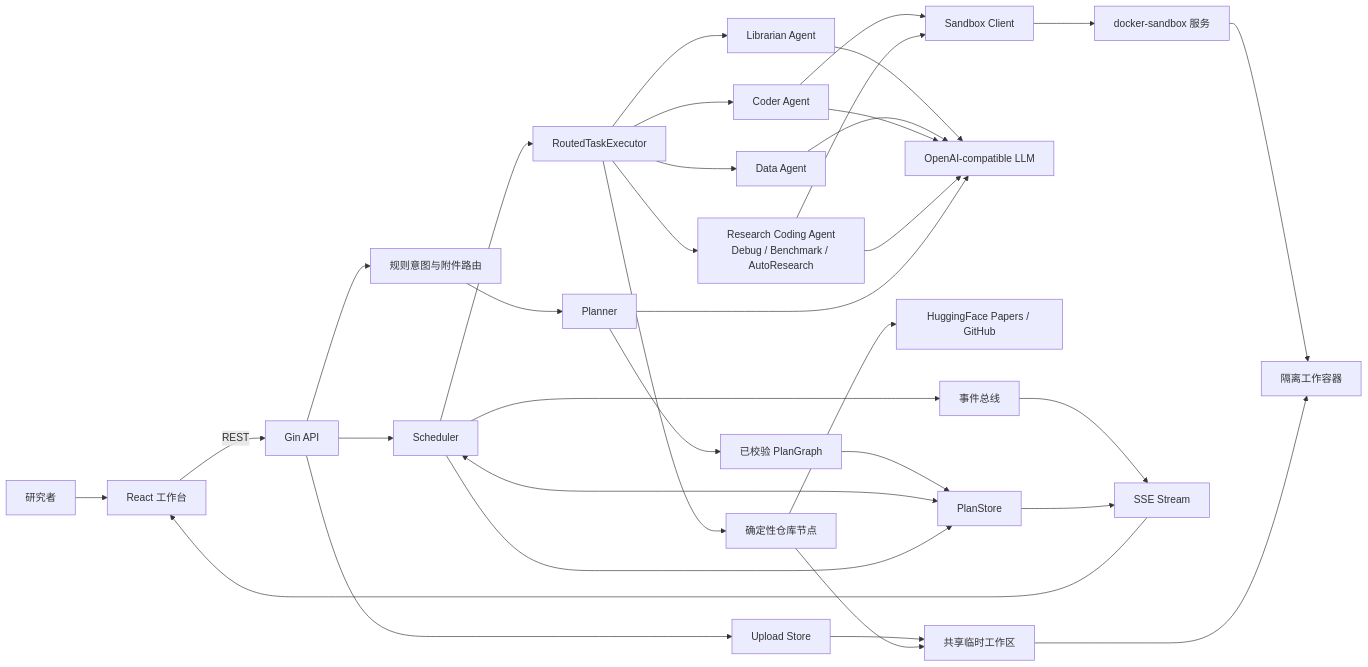
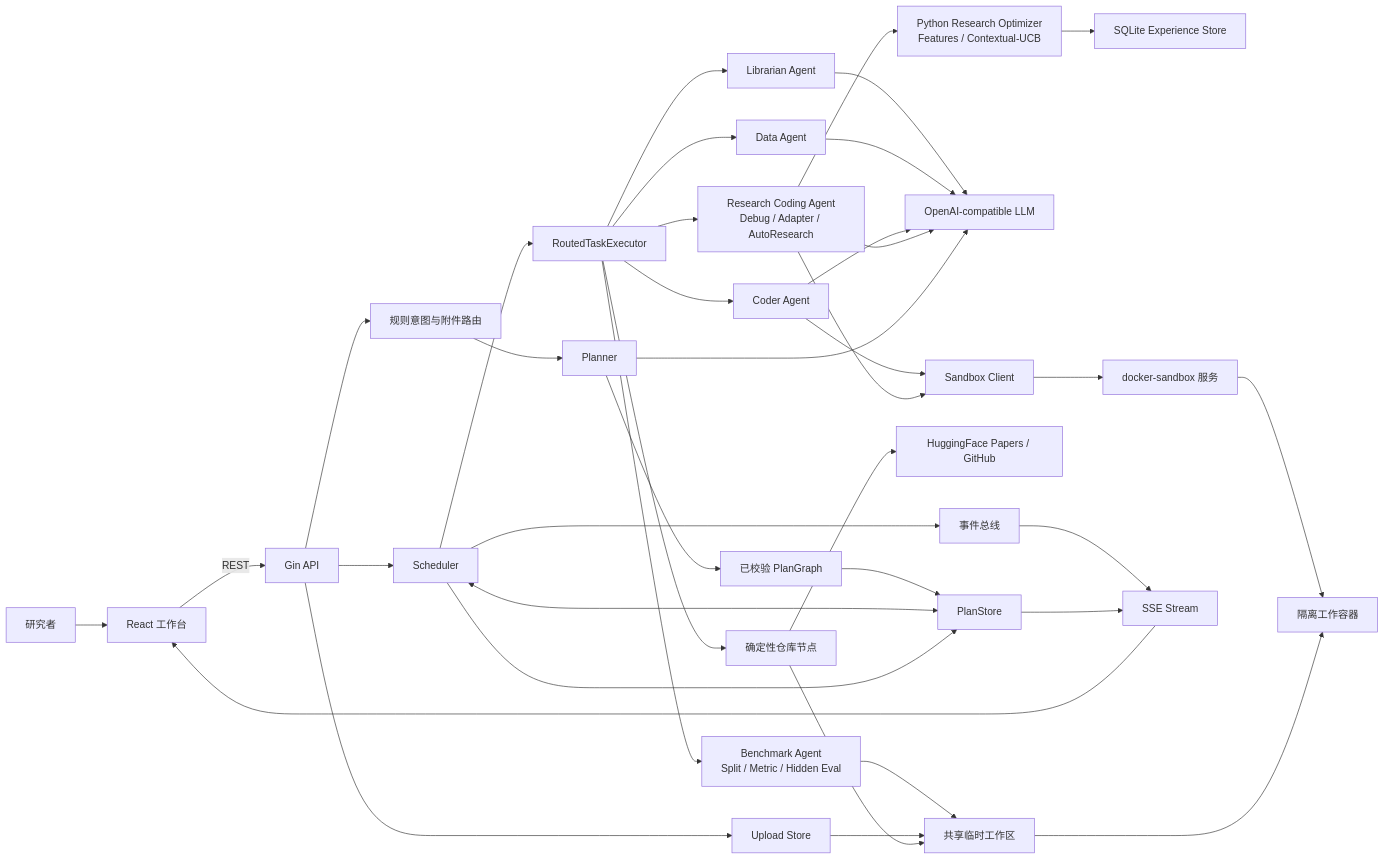
The first of 3 diagrams in scholar-agent/docs/project_architecture.md (yu-xin-c/Sea-mult-agent), drawn with Mermaid before and after one commit. The commit also changed other lines of this file and 76 other files, not shown here.

Commit message:
feat: add benchmark agent and parallel autoresearch

````diff
--- a/scholar-agent/docs/project_architecture.md
+++ b/scholar-agent/docs/project_architecture.md
@@ -24,42 +24,46 @@
 ```mermaid
 flowchart LR
     U["研究者"] --> FE["React 工作台"]
     FE -->|"REST"| API["Gin API"]
     API --> IR["规则意图与附件路由"]
     IR --> PL["Planner"]
     PL --> PG["已校验 PlanGraph"]
     PG --> PS["PlanStore"]
 
     API --> SCH["Scheduler"]
     SCH <--> PS
     SCH --> RX["RoutedTaskExecutor"]
     RX --> LIB["Librarian Agent"]
     RX --> DATA["Data Agent"]
     RX --> CODER["Coder Agent"]
-    RX --> BENCH["Research Coding Agent<br/>Debug / Benchmark / AutoResearch"]
+    RX --> BA["Benchmark Agent<br/>Split / Metric / Hidden Eval"]
+    RX --> BENCH["Research Coding Agent<br/>Debug / Adapter / AutoResearch"]
 
     LIB --> LLM["OpenAI-compatible LLM"]
     DATA --> LLM
     CODER --> LLM
     BENCH --> LLM
+    BENCH --> RO["Python Research Optimizer<br/>Features / Contextual-UCB"]
+    RO --> ES["SQLite Experience Store"]
     PL --> LLM
 
     RX --> RD["确定性仓库节点"]
     RD --> EXT["HuggingFace Papers / GitHub"]
 
     CODER --> SC["Sandbox Client"]
     BENCH --> SC
+	BA --> WS
     SC --> SS["docker-sandbox 服务"]
     SS --> WC["隔离工作容器"]
 
     SCH --> EB["事件总线"]
     SCH --> PS
     EB --> SSE["SSE Stream"]
     PS --> SSE
     SSE --> FE
 
     API --> UP["Upload Store"]
     UP --> WS["共享临时工作区"]
     RD --> WS
     WS --> WC
 ```
````
